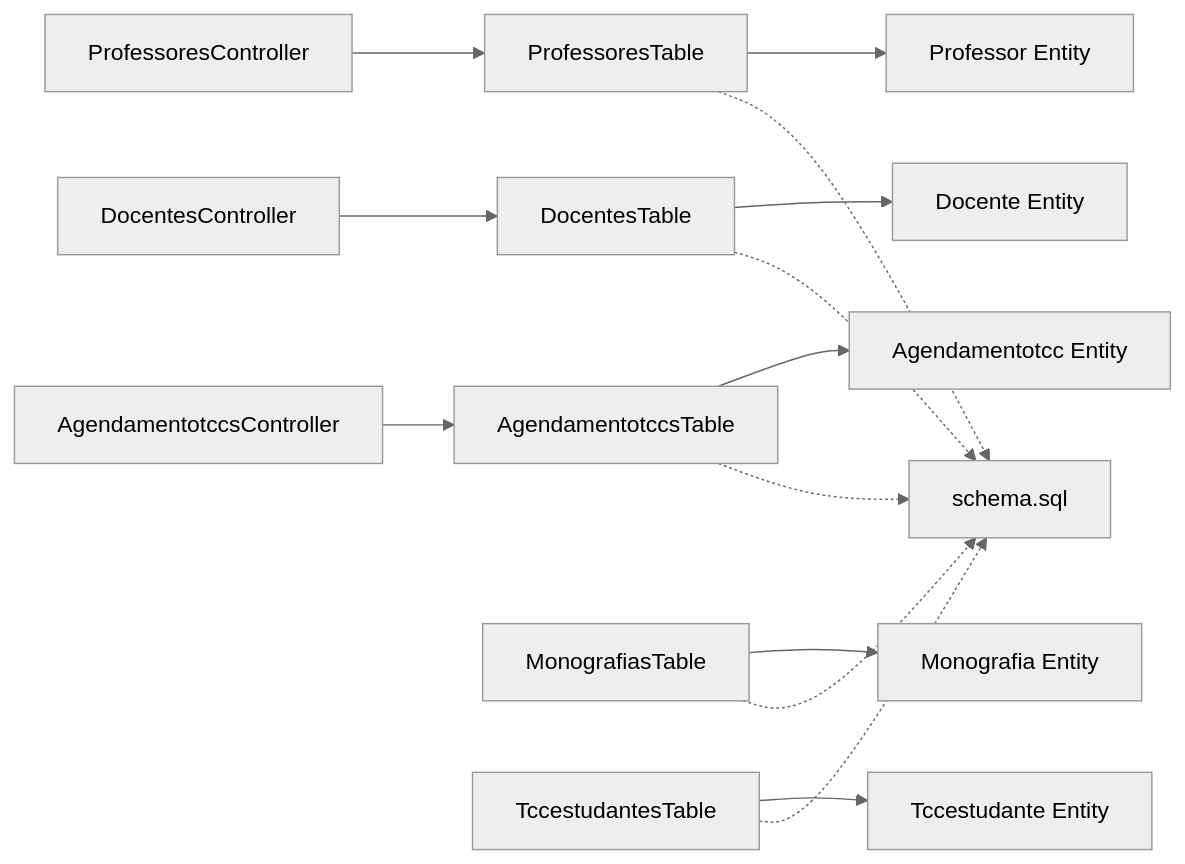
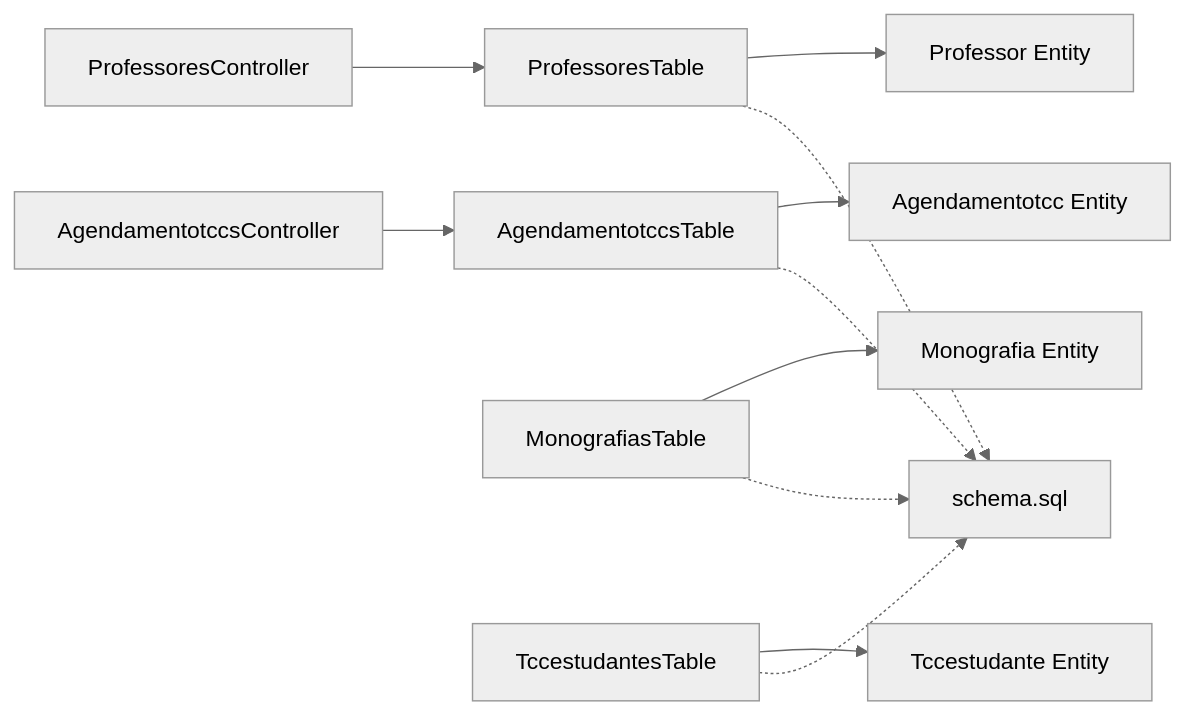
Before and after one commit to luiseduacosta/tcc4: the sixth of 6 diagrams in .qoder/repowiki/en/content/Professor and Supervisor Management.md, drawn with Mermaid (neutral theme). The commit also changed other lines of this file and 68 other files, not shown here.

````diff
--- a/.qoder/repowiki/en/content/Professor and Supervisor Management.md
+++ b/.qoder/repowiki/en/content/Professor and Supervisor Management.md
@@ -394,16 +367,13 @@
 ```mermaid
 graph LR
 PC["ProfessoresController"] --> PT["ProfessoresTable"]
-DC["DocentesController"] --> DT["DocentesTable"]
 AC["AgendamentotccsController"] --> AT["AgendamentotccsTable"]
 PT --> P["Professor Entity"]
-DT --> D["Docente Entity"]
 AT --> A["Agendamentotcc Entity"]
 MT["MonografiasTable"] --> M["Monografia Entity"]
 TT["TccestudantesTable"] --> T["Tccestudante Entity"]
 PT -.-> S["schema.sql"]
-DT -.-> S
 MT -.-> S
 TT -.-> S
 AT -.-> S
 ```
````
